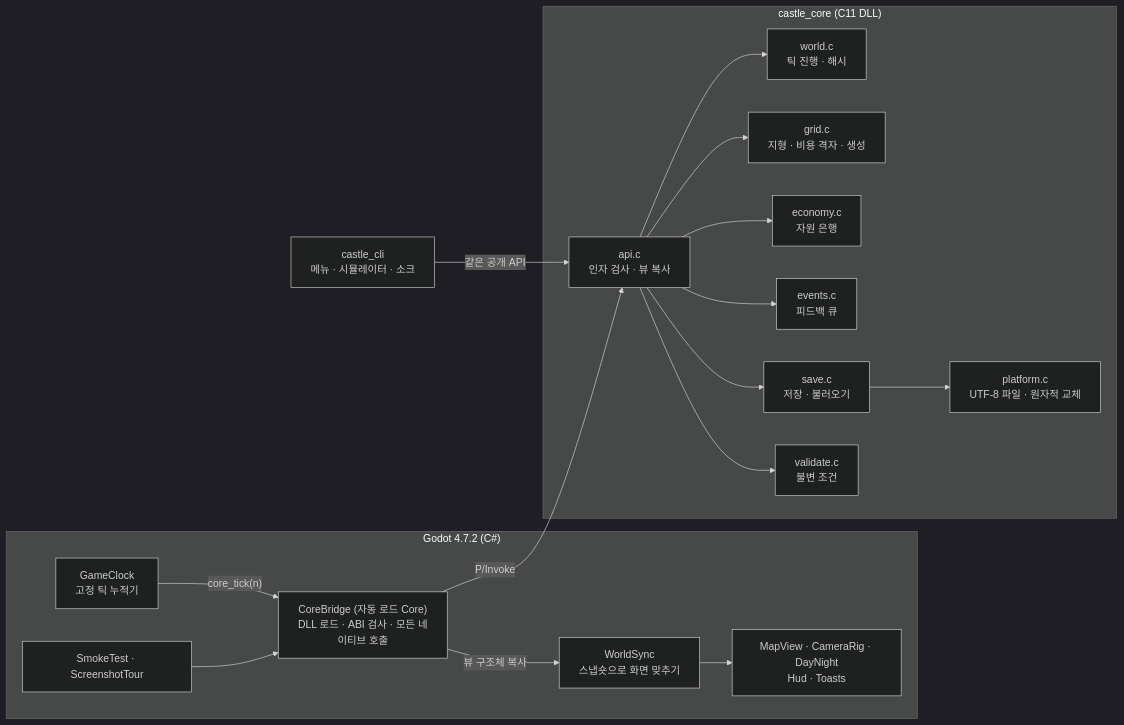
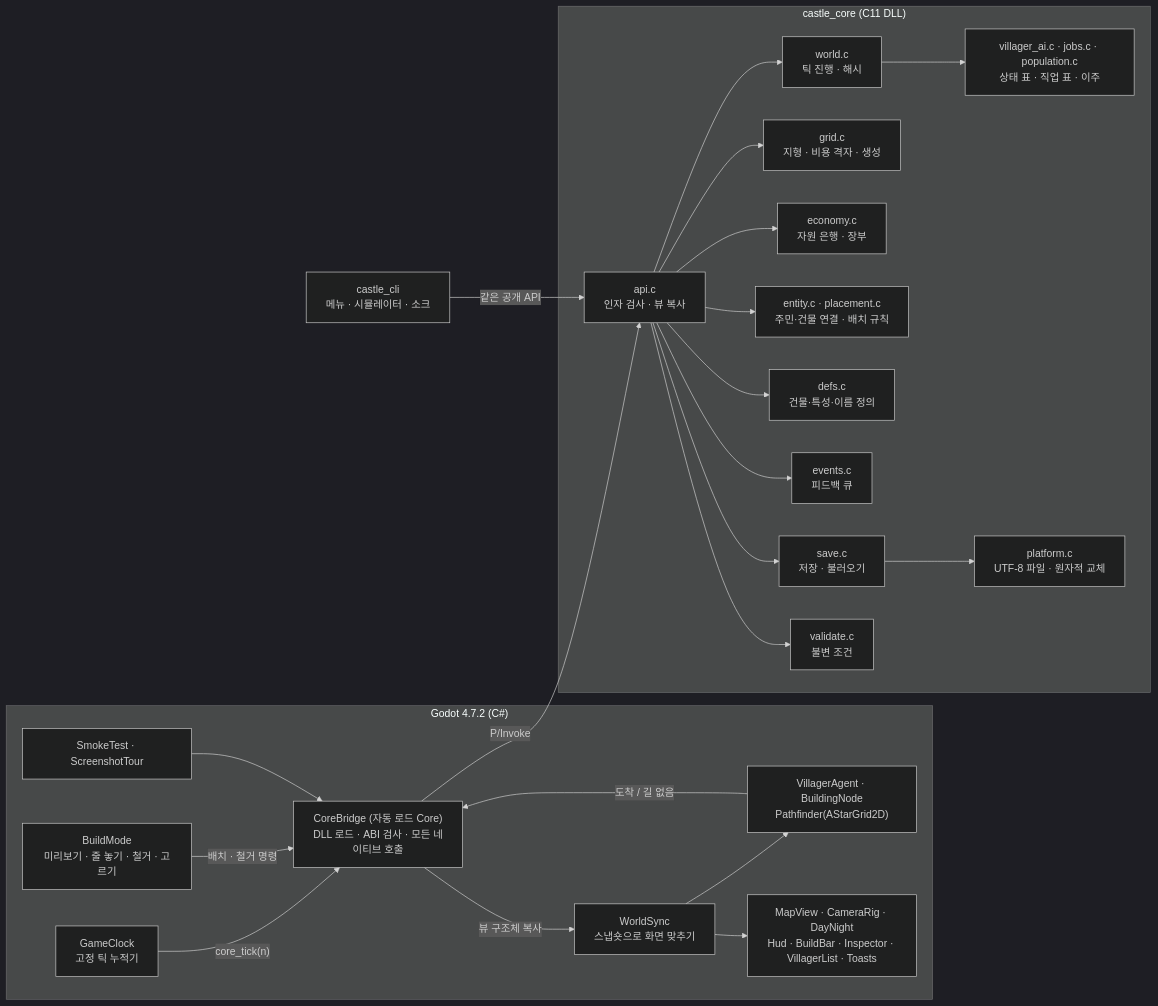
The diagram in docs/ARCHITECTURE.md (jkanggpt/project), drawn with Mermaid (dark theme) before and after one commit. The commit also changed other lines of this file and 13 other files, not shown here.

````diff
--- a/docs/ARCHITECTURE.md
+++ b/docs/ARCHITECTURE.md
@@ -7,29 +7,38 @@
 ```mermaid
 flowchart LR
     subgraph Godot["Godot 4.7.2 (C#)"]
         Clock["GameClock<br/>고정 틱 누적기"]
         Bridge["CoreBridge (자동 로드 Core)<br/>DLL 로드 · ABI 검사 · 모든 네이티브 호출"]
         Sync["WorldSync<br/>스냅숏으로 화면 맞추기"]
-        View["MapView · CameraRig · DayNight<br/>Hud · Toasts"]
+        Units["VillagerAgent · BuildingNode<br/>Pathfinder(AStarGrid2D)"]
+        Tools["BuildMode<br/>미리보기 · 줄 놓기 · 철거 · 고르기"]
+        View["MapView · CameraRig · DayNight<br/>Hud · BuildBar · Inspector · VillagerList · Toasts"]
         Debug["SmokeTest · ScreenshotTour"]
     end
     subgraph C["castle_core (C11 DLL)"]
         API["api.c<br/>인자 검사 · 뷰 복사"]
         World["world.c<br/>틱 진행 · 해시"]
         Grid["grid.c<br/>지형 · 비용 격자 · 생성"]
-        Eco["economy.c<br/>자원 은행"]
+        Eco["economy.c<br/>자원 은행 · 장부"]
+        Ent["entity.c · placement.c<br/>주민·건물 연결 · 배치 규칙"]
+        AI["villager_ai.c · jobs.c · population.c<br/>상태 표 · 직업 표 · 이주"]
+        Defs["defs.c<br/>건물·특성·이름 정의"]
         Ev["events.c<br/>피드백 큐"]
         Save["save.c<br/>저장 · 불러오기"]
         Val["validate.c<br/>불변 조건"]
         Plat["platform.c<br/>UTF-8 파일 · 원자적 교체"]
     end
     CLI["castle_cli<br/>메뉴 · 시뮬레이터 · 소크"]
 
     Clock -- "core_tick(n)" --> Bridge
     Bridge -- "P/Invoke" --> API
-    API --> World & Grid & Eco & Ev & Save & Val
+    API --> World & Grid & Eco & Ev & Save & Val & Ent & Defs
+    World --> AI
     Save --> Plat
     Bridge -- "뷰 구조체 복사" --> Sync --> View
+    Sync --> Units
+    Units -- "도착 / 길 없음" --> Bridge
+    Tools -- "배치 · 철거 명령" --> Bridge
     Debug --> Bridge
     CLI -- "같은 공개 API" --> API
 ```
````
